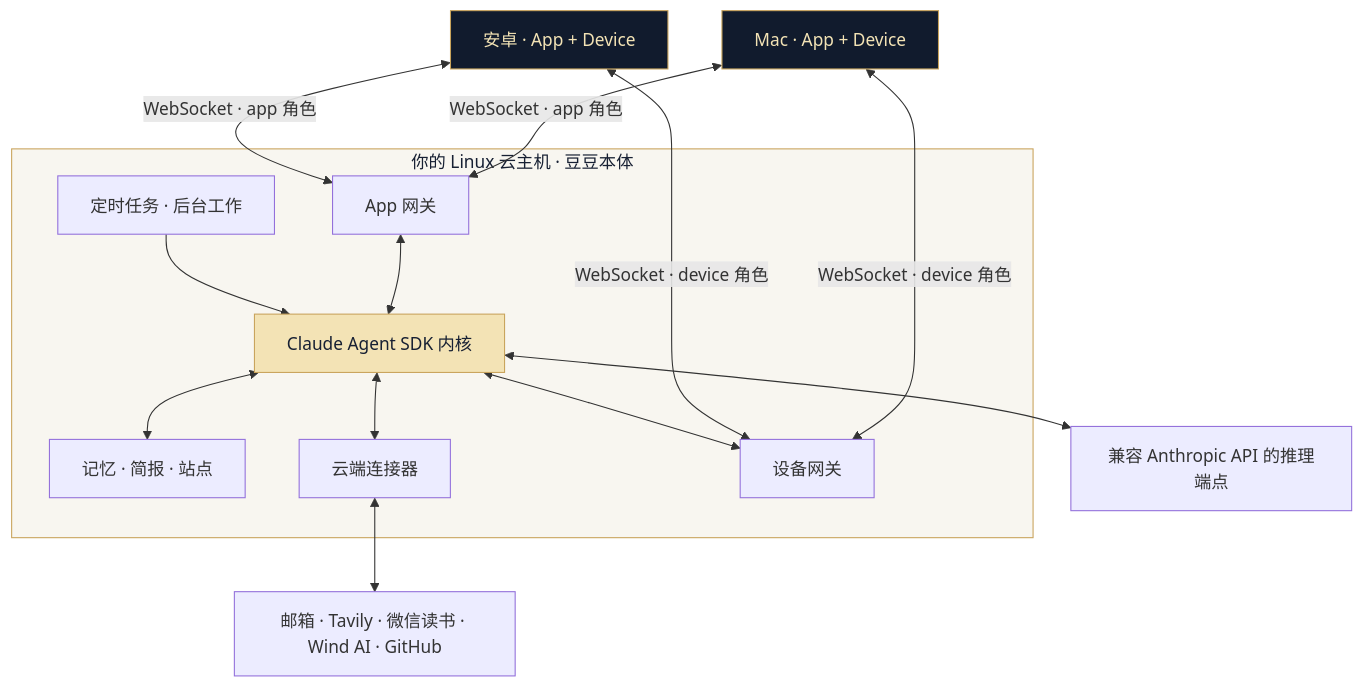
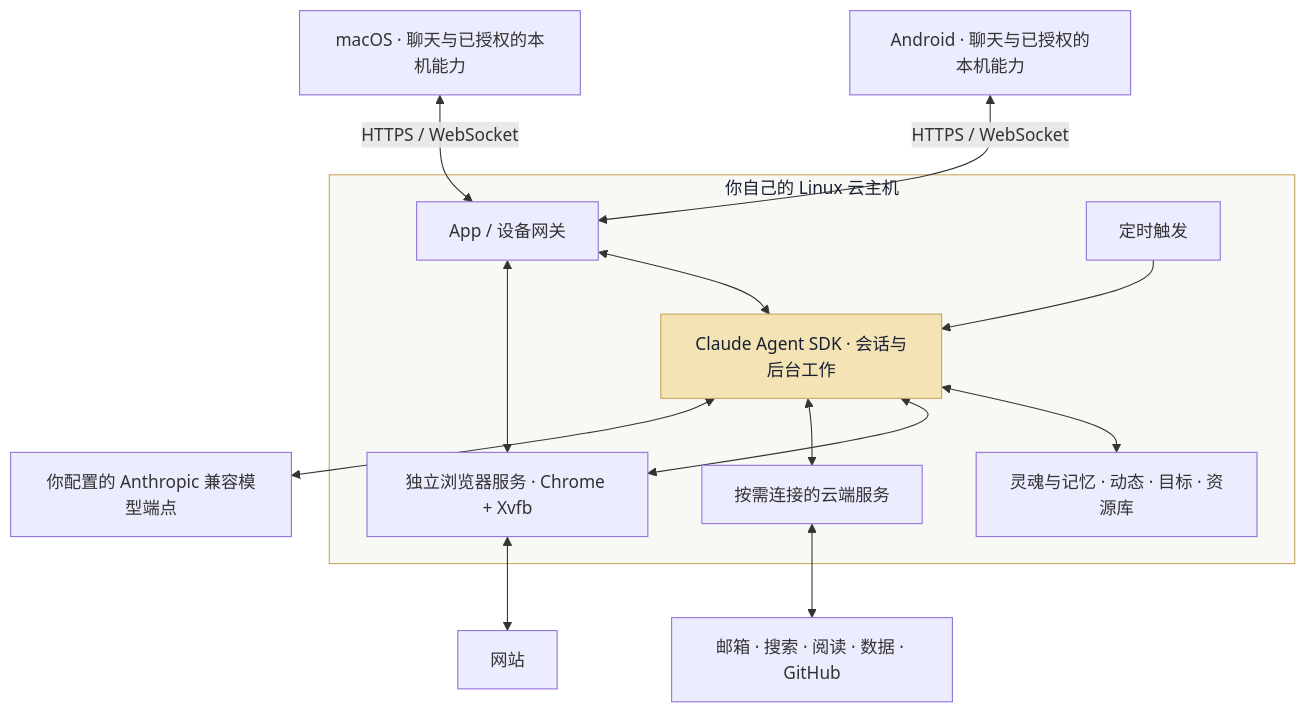
One commit to Xiamu-ssr/personal-agent changed the diagram in README.md. Above: the diagram before and after it, drawn with Mermaid. The commit also changed other lines of this file and 15 other files, not shown here.

````diff
--- a/README.md
+++ b/README.md
@@ -152,34 +132,33 @@
 ```mermaid
 flowchart TB
-  API["兼容 Anthropic API 的推理端点"]
-  Services["邮箱 · Tavily · 微信读书 · Wind AI · GitHub"]
+  Android["Android · 聊天与已授权的本机能力"]
+  Mac["macOS · 聊天与已授权的本机能力"]
 
-  subgraph Cloud["你的 Linux 云主机 · 豆豆本体"]
-    Core["Claude Agent SDK 内核"]
-    Schedule["定时任务 · 后台工作"]
-    Memory["记忆 · 简报 · 站点"]
-    Connectors["云端连接器"]
-    AppGW["App 网关"]
-    DeviceGW["设备网关"]
+  subgraph Cloud["你自己的 Linux 云主机"]
+    Gateway["App / 设备网关"]
+    Core["Claude Agent SDK · 会话与后台工作"]
+    Content["灵魂与记忆 · 动态 · 目标 · 资源库"]
+    Schedule["定时触发"]
+    Browser["独立浏览器服务 · Chrome + Xvfb"]
+    Connectors["按需连接的云端服务"]
+    Gateway <--> Core
+    Core <--> Content
     Schedule --> Core
-    Core <--> Memory
+    Core <--> Browser
     Core <--> Connectors
-    AppGW <--> Core
-    Core <--> DeviceGW
+    Gateway <--> Browser
   end
 
-  Android["安卓 · App + Device"]
-  Mac["Mac · App + Device"]
-  Core <--> API
+  Model["你配置的 Anthropic 兼容模型端点"]
+  Services["邮箱 · 搜索 · 阅读 · 数据 · GitHub"]
+  Websites["网站"]
+  Android <-->|"HTTPS / WebSocket"| Gateway
+  Mac <-->|"HTTPS / WebSocket"| Gateway
+  Core <--> Model
   Connectors <--> Services
-  Android <-->|"WebSocket · app 角色"| AppGW
-  Mac <-->|"WebSocket · app 角色"| AppGW
-  Android <-->|"WebSocket · device 角色"| DeviceGW
-  Mac <-->|"WebSocket · device 角色"| DeviceGW
+  Browser <--> Websites
 
   classDef gold fill:#F3E3B5,stroke:#C9A45C,color:#172033
-  classDef ink fill:#111B2D,stroke:#C9A45C,color:#F3E3B5
   class Core gold
-  class Android,Mac ink
-  style Cloud fill:#F8F6F0,stroke:#C9A45C,color:#172033
+  style Cloud fill:#F8F8F5,stroke:#C9A45C,color:#172033
 ```
````
